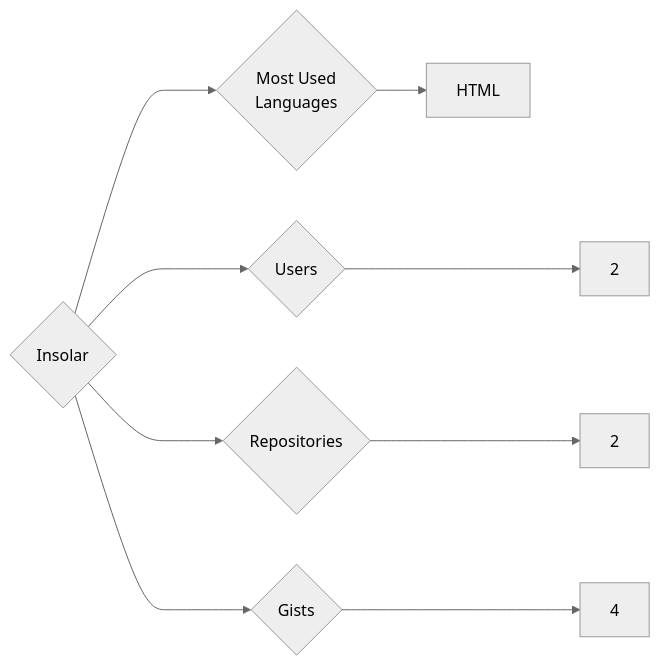
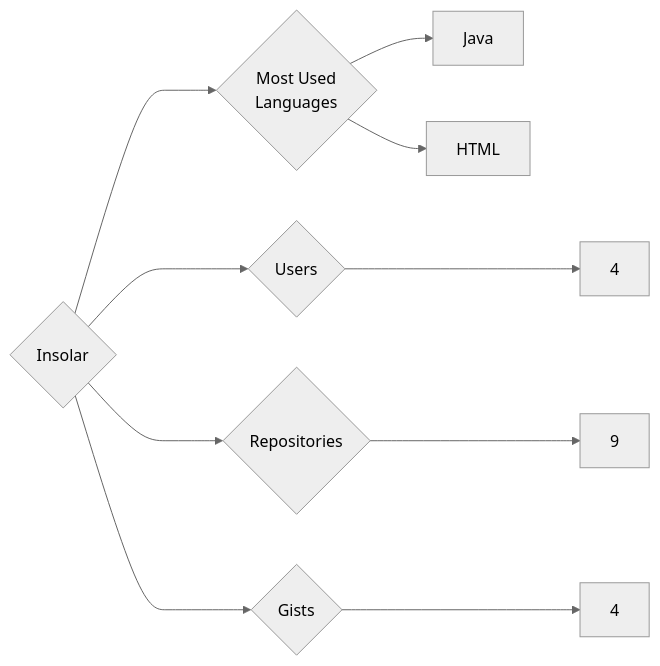
Before and after one commit to trickest/insiders: the diagram in targets/Insolar/README.md, drawn with Mermaid (neutral theme). The commit also changed 644 other files, not shown here.

````diff
--- a/targets/Insolar/README.md
+++ b/targets/Insolar/README.md
@@ -3,9 +3,10 @@
 ```mermaid
 graph LR
 COMPANY_NAME{Insolar}
-COMPANY_NAME ---> U{Users} ---> UN[2]
-COMPANY_NAME ---> R{Repositories} ---> RN[2]
+COMPANY_NAME ---> U{Users} ---> UN[4]
+COMPANY_NAME ---> R{Repositories} ---> RN[9]
 COMPANY_NAME ---> G{Gists} ---> GN[4]
 COMPANY_NAME ---> ML{Most Used<br>Languages}
+ML --> Java[Java]
 ML --> HTML[HTML]
 ```
````
